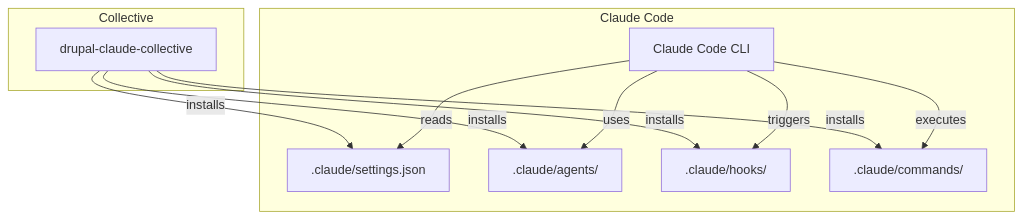
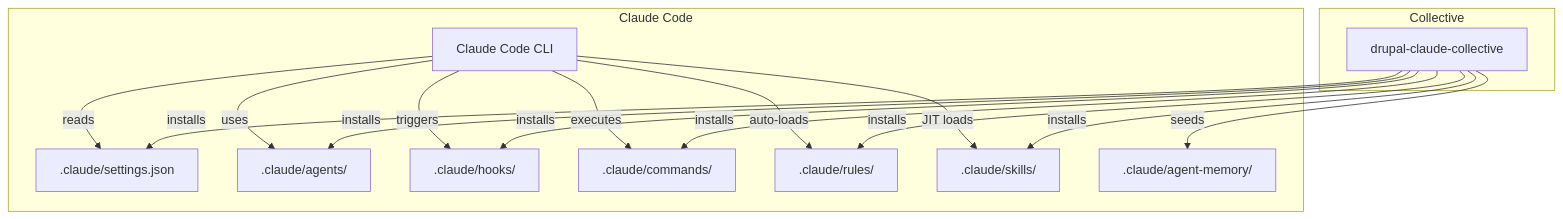
Before and after one commit to gkastanis/drupal-claude-code-sub-agent-collective: the tenth of 10 diagrams in docs/OVERVIEW.md, drawn with Mermaid. The commit also changed other lines of this file and 60 other files, not shown here.

````diff
--- a/docs/OVERVIEW.md
+++ b/docs/OVERVIEW.md
@@ -362,24 +365,32 @@
 ```mermaid
 graph TB
     subgraph "Claude Code"
         CC[Claude Code CLI]
         SETTINGS[.claude/settings.json]
         AGENTS[.claude/agents/]
         HOOKS[.claude/hooks/]
         COMMANDS[.claude/commands/]
+        RULES[.claude/rules/]
+        SKILLS[.claude/skills/]
+        MEMORY[.claude/agent-memory/]
     end
 
     subgraph "Collective"
         COLLECTIVE[drupal-claude-collective]
     end
 
     COLLECTIVE --> |installs| SETTINGS
     COLLECTIVE --> |installs| AGENTS
     COLLECTIVE --> |installs| HOOKS
     COLLECTIVE --> |installs| COMMANDS
+    COLLECTIVE --> |installs| RULES
+    COLLECTIVE --> |installs| SKILLS
+    COLLECTIVE --> |seeds| MEMORY
 
     CC --> |reads| SETTINGS
     CC --> |uses| AGENTS
     CC --> |triggers| HOOKS
     CC --> |executes| COMMANDS
+    CC --> |auto-loads| RULES
+    CC --> |JIT loads| SKILLS
 ```
````
